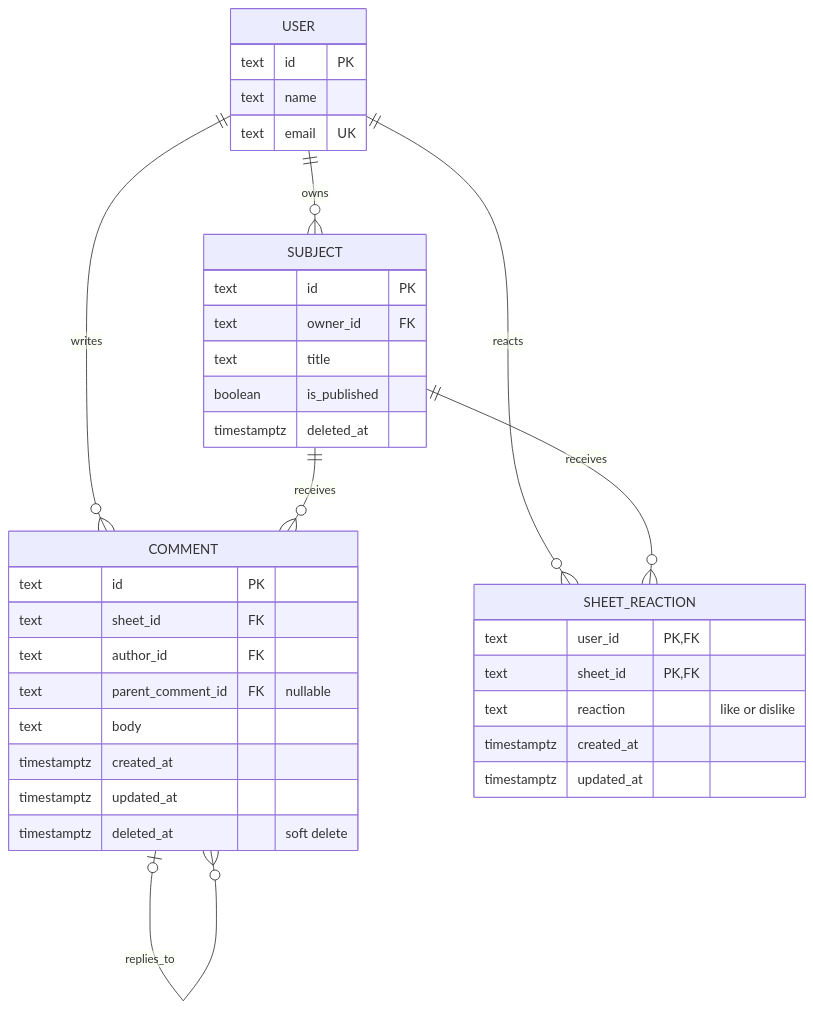
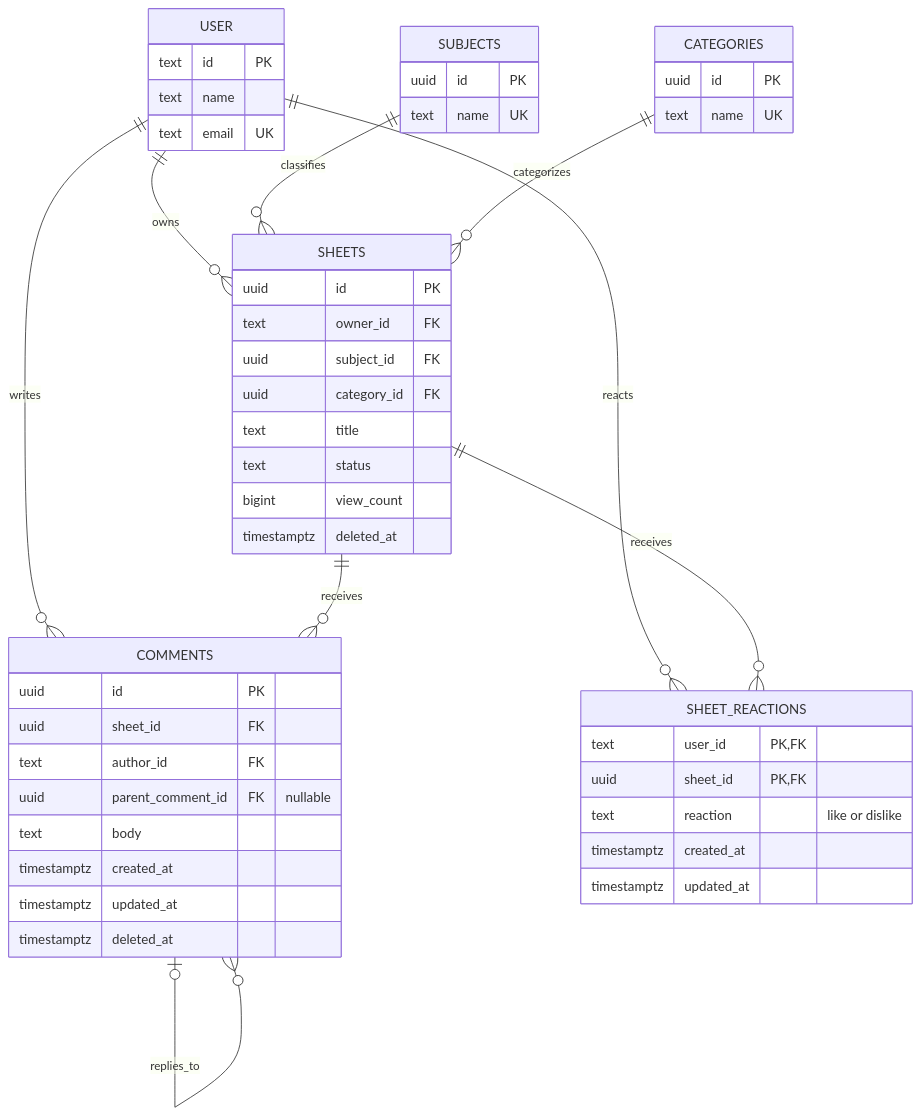
One commit to CPNext-hub/CM-Learn changed the diagram in src/db/interaction-comment-reaction-erd.mmd. Above: the diagram before and after it, drawn with Mermaid. The commit also changed 8 other files, not shown here.

```diff
--- a/src/db/interaction-comment-reaction-erd.mmd
+++ b/src/db/interaction-comment-reaction-erd.mmd
@@ -1,40 +1,55 @@
 erDiagram
-    USER ||--o{ SUBJECT : owns
-    USER ||--o{ COMMENT : writes
-    SUBJECT ||--o{ COMMENT : receives
-    COMMENT o|--o{ COMMENT : replies_to
-    USER ||--o{ SHEET_REACTION : reacts
-    SUBJECT ||--o{ SHEET_REACTION : receives
+    USER ||--o{ SHEETS : owns
+    SUBJECTS ||--o{ SHEETS : classifies
+    CATEGORIES ||--o{ SHEETS : categorizes
+    USER ||--o{ COMMENTS : writes
+    SHEETS ||--o{ COMMENTS : receives
+    COMMENTS o|--o{ COMMENTS : replies_to
+    USER ||--o{ SHEET_REACTIONS : reacts
+    SHEETS ||--o{ SHEET_REACTIONS : receives
 
     USER {
         text id PK
         text name
         text email UK
     }
 
-    SUBJECT {
-        text id PK
+    SUBJECTS {
+        uuid id PK
+        text name UK
+    }
+
+    CATEGORIES {
+        uuid id PK
+        text name UK
+    }
+
+    SHEETS {
+        uuid id PK
         text owner_id FK
+        uuid subject_id FK
+        uuid category_id FK
         text title
-        boolean is_published
+        text status
+        bigint view_count
         timestamptz deleted_at
     }
 
-    COMMENT {
-        text id PK
-        text sheet_id FK
+    COMMENTS {
+        uuid id PK
+        uuid sheet_id FK
         text author_id FK
-        text parent_comment_id FK "nullable"
+        uuid parent_comment_id FK "nullable"
         text body
         timestamptz created_at
         timestamptz updated_at
-        timestamptz deleted_at "soft delete"
+        timestamptz deleted_at
     }
 
-    SHEET_REACTION {
+    SHEET_REACTIONS {
         text user_id PK, FK
-        text sheet_id PK, FK
+        uuid sheet_id PK, FK
         text reaction "like or dislike"
         timestamptz created_at
         timestamptz updated_at
     }
```
